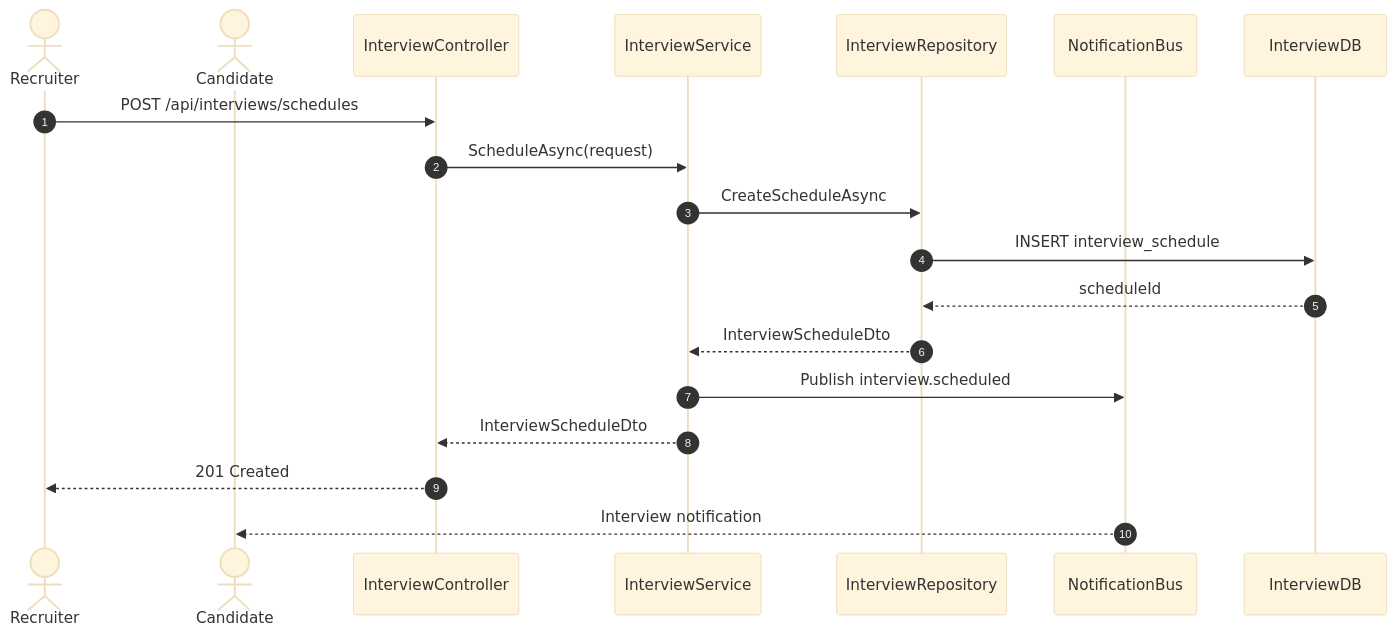
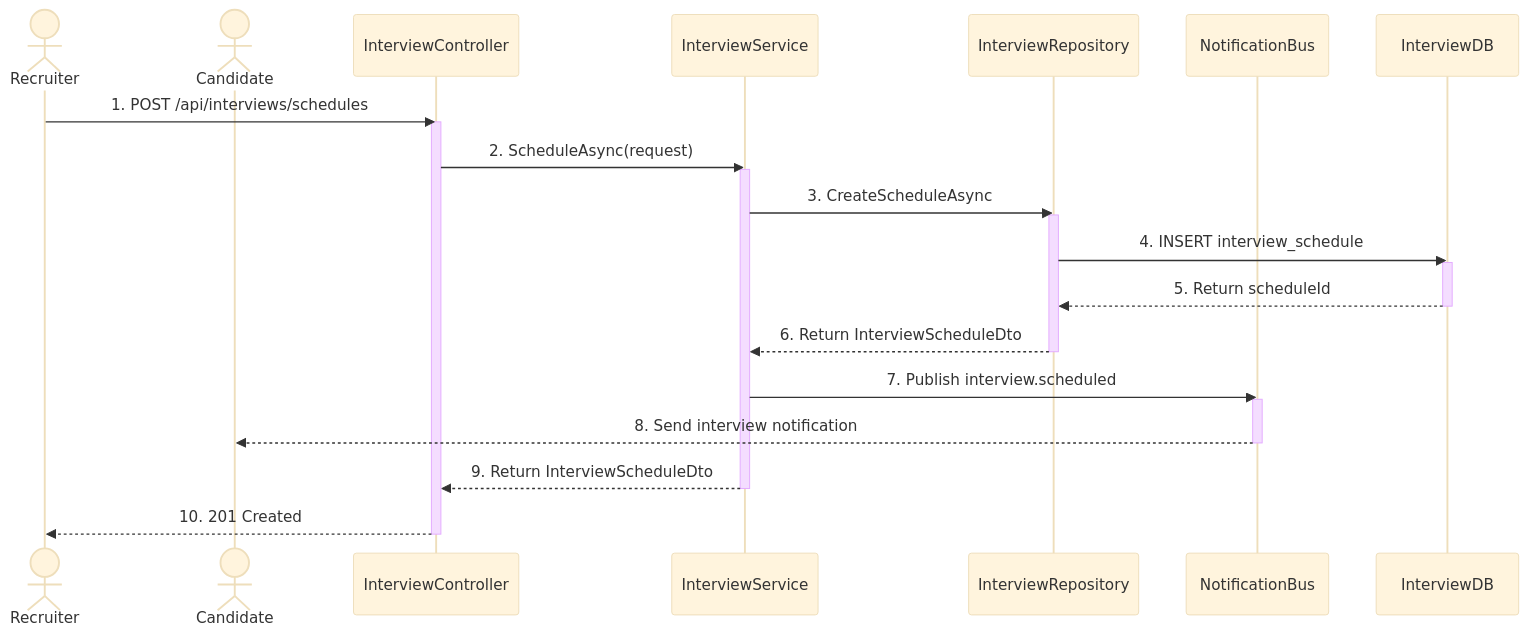
The diagram in sequence_dia/interview_service_sequence_diagram.md (SEP490-CapstoneProject/SEP490_BE), drawn with Mermaid (base theme) before and after one commit. The commit also changed 14 other files, not shown here.

Commit message:
feat: Add sequence diagrams for various services and re-enable subscription quota check in ApplicationService

````diff
--- a/sequence_dia/interview_service_sequence_diagram.md
+++ b/sequence_dia/interview_service_sequence_diagram.md
@@ -1,22 +1,31 @@
 ```mermaid
 sequenceDiagram
-    autonumber
     actor Recruiter
     actor Candidate
     participant InterviewController
     participant InterviewService
     participant InterviewRepository
     participant NotificationBus
     participant InterviewDB
 
-    Recruiter->>InterviewController: POST /api/interviews/schedules
-    InterviewController->>InterviewService: ScheduleAsync(request)
-    InterviewService->>InterviewRepository: CreateScheduleAsync
-    InterviewRepository->>InterviewDB: INSERT interview_schedule
-    InterviewDB-->>InterviewRepository: scheduleId
-    InterviewRepository-->>InterviewService: InterviewScheduleDto
-    InterviewService->>NotificationBus: Publish interview.scheduled
-    InterviewService-->>InterviewController: InterviewScheduleDto
-    InterviewController-->>Recruiter: 201 Created
-    NotificationBus-->>Candidate: Interview notification
+    Recruiter->>InterviewController: 1. POST /api/interviews/schedules
+    activate InterviewController
+    InterviewController->>InterviewService: 2. ScheduleAsync(request)
+    activate InterviewService
+    InterviewService->>InterviewRepository: 3. CreateScheduleAsync
+    activate InterviewRepository
+    InterviewRepository->>InterviewDB: 4. INSERT interview_schedule
+    activate InterviewDB
+    InterviewDB-->>InterviewRepository: 5. Return scheduleId
+    deactivate InterviewDB
+    InterviewRepository-->>InterviewService: 6. Return InterviewScheduleDto
+    deactivate InterviewRepository
+    InterviewService->>NotificationBus: 7. Publish interview.scheduled
+    activate NotificationBus
+    NotificationBus-->>Candidate: 8. Send interview notification
+    deactivate NotificationBus
+    InterviewService-->>InterviewController: 9. Return InterviewScheduleDto
+    deactivate InterviewService
+    InterviewController-->>Recruiter: 10. 201 Created
+    deactivate InterviewController
 ```
````
